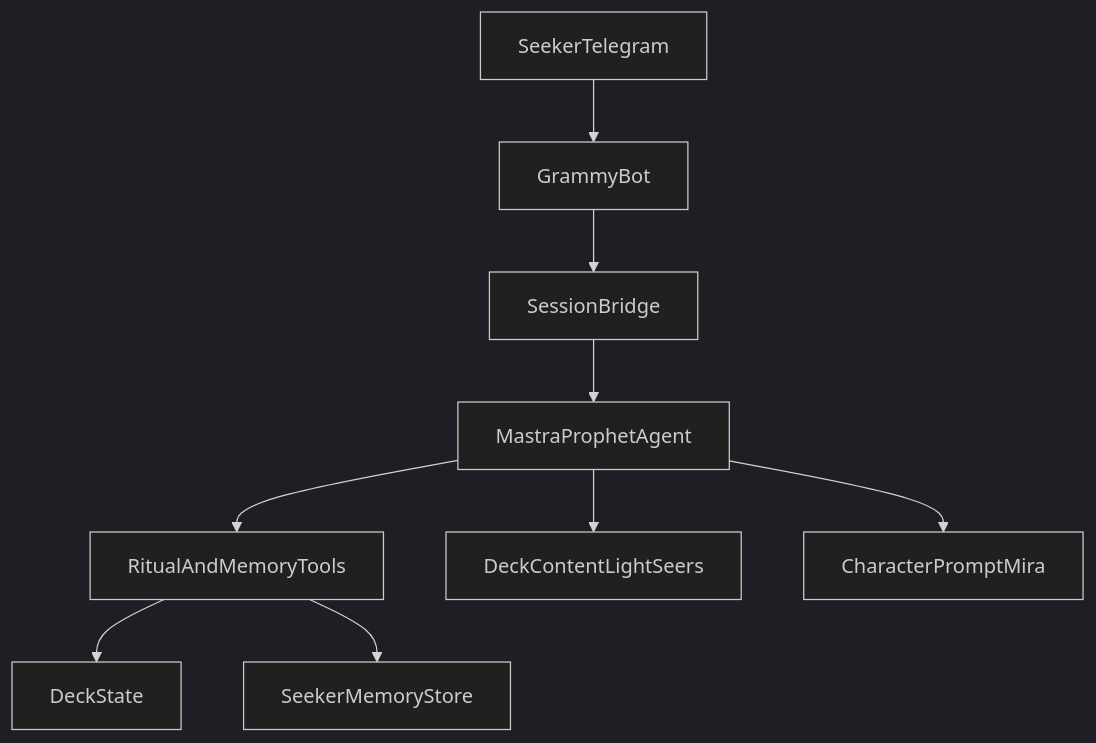
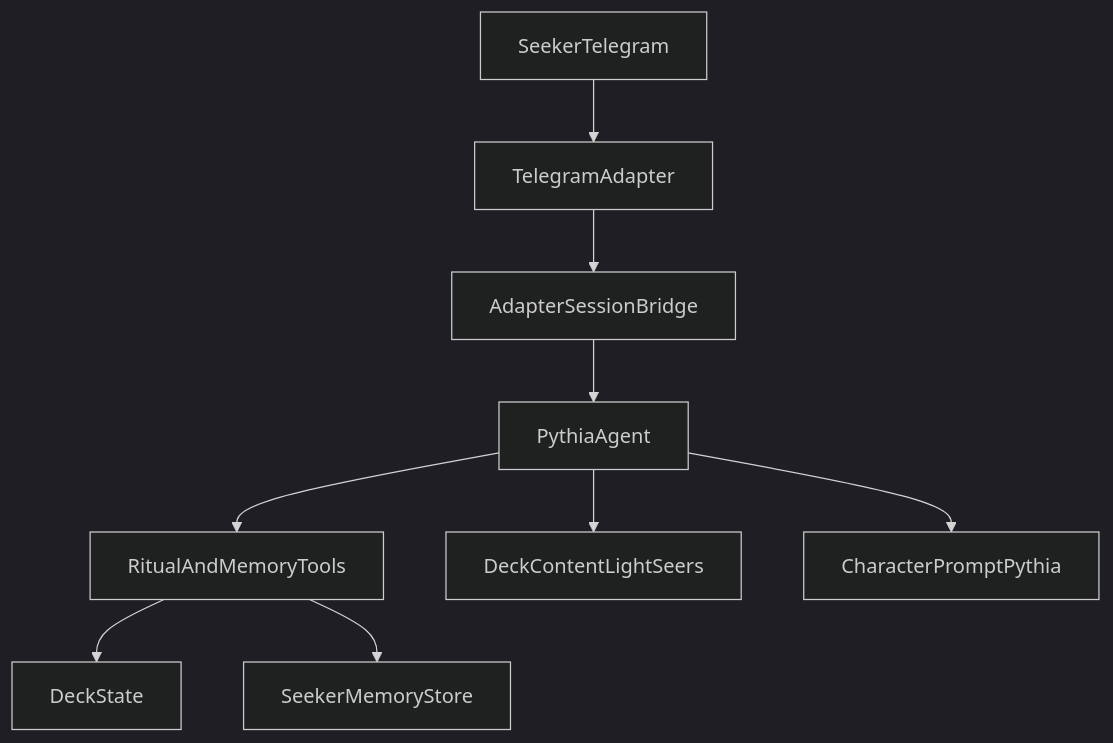
Before and after one commit to 51ck/prophet: the second of 2 diagrams in tech/architecture.md, drawn with Mermaid (dark theme). The commit also changed other lines of this file and 9 other files, not shown here.

````diff
--- a/tech/architecture.md
+++ b/tech/architecture.md
@@ -15,11 +58,11 @@
 ```mermaid
 flowchart TB
-  seeker[SeekerTelegram] --> grammy[GrammyBot]
-  grammy --> sessionBridge[SessionBridge]
-  sessionBridge --> mira[MastraProphetAgent]
-  mira --> tools[RitualAndMemoryTools]
+  seeker[SeekerTelegram] --> grammy[TelegramAdapter]
+  grammy --> sessionBridge[AdapterSessionBridge]
+  sessionBridge --> pythia[PythiaAgent]
+  pythia --> tools[RitualAndMemoryTools]
   tools --> deckState[DeckState]
   tools --> memStore[SeekerMemoryStore]
-  mira --> deckContent[DeckContentLightSeers]
-  mira --> character[CharacterPromptMira]
+  pythia --> deckContent[DeckContentLightSeers]
+  pythia --> character[CharacterPromptPythia]
 ```
````
